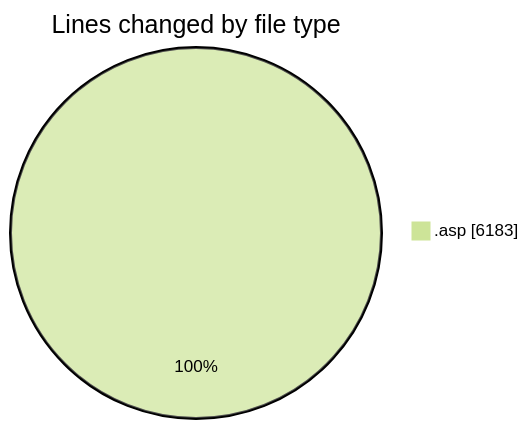
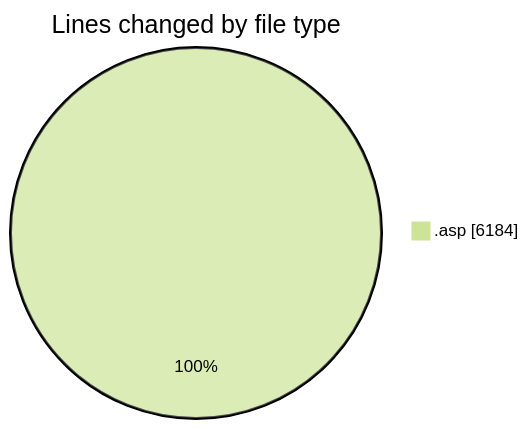
Before and after one commit to julien-gomy/code-tracking: the first of 2 diagrams in 2025-11-28/cdp_aleoudev_fr__workspace_/README.md, drawn with Mermaid (forest theme). The commit also changed other lines of this file and 1 other file, not shown here.

````diff
--- a/2025-11-28/cdp_aleoudev_fr__workspace_/README.md
+++ b/2025-11-28/cdp_aleoudev_fr__workspace_/README.md
@@ -22,5 +22,5 @@
 ```mermaid
 pie showData
 title Lines changed by file type
-".asp" : 6183
+".asp" : 6184
 ```
````
